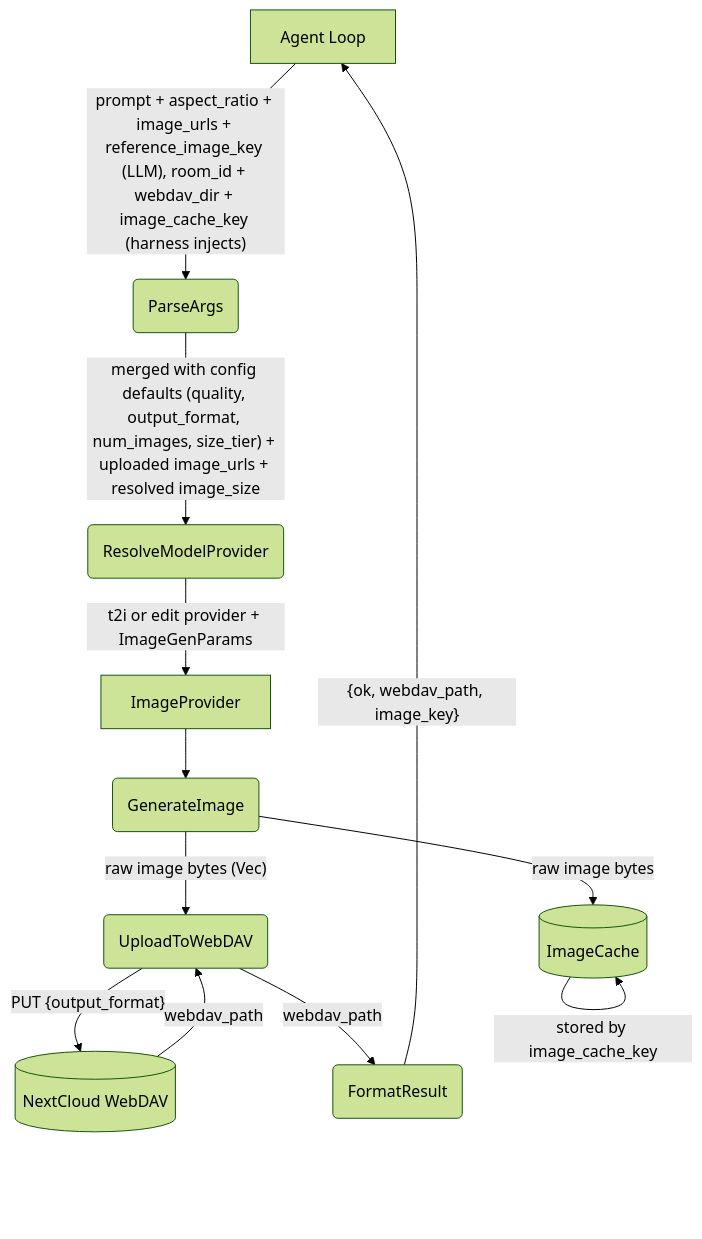
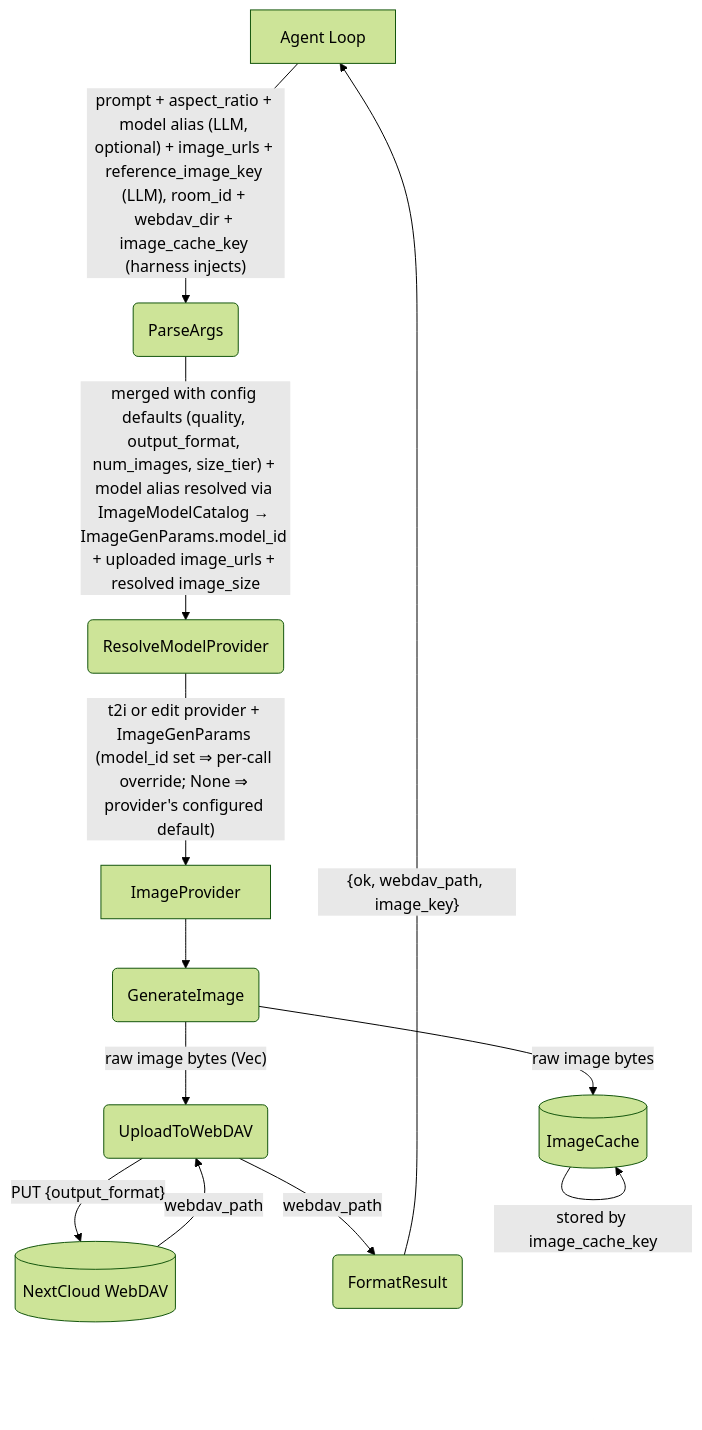
The first of 5 diagrams in _dfd/tools/image-gen.md (cosmoswafer/rockbot), drawn with Mermaid (forest theme) before and after one commit. The commit also changed other lines of this file and 6 other files, not shown here.

Commit message:
feat(image_gen): per-call model selection from the image models catalog (closes #92)

````diff
--- a/_dfd/tools/image-gen.md
+++ b/_dfd/tools/image-gen.md
@@ -25,24 +31,24 @@
 ```mermaid
 flowchart TD
     AGENT[Agent Loop]
     PARSE(ParseArgs)
     RESOLVE(ResolveModelProvider)
     PROVIDER[ImageProvider]
     GEN(GenerateImage)
     DAV_UPLOAD(UploadToWebDAV)
     DAV[(NextCloud WebDAV)]
     CACHE[(ImageCache)]
     FORMAT(FormatResult)
 
-    AGENT -->|"prompt + aspect_ratio + image_urls + reference_image_key (LLM), room_id + webdav_dir + image_cache_key (harness injects)"| PARSE
-    PARSE -->|"merged with config defaults (quality, output_format, num_images, size_tier) + uploaded image_urls + resolved image_size"| RESOLVE
-    RESOLVE -->|"t2i or edit provider + ImageGenParams"| PROVIDER
+    AGENT -->|"prompt + aspect_ratio + model alias (LLM, optional) + image_urls + reference_image_key (LLM), room_id + webdav_dir + image_cache_key (harness injects)"| PARSE
+    PARSE -->|"merged with config defaults (quality, output_format, num_images, size_tier) + model alias resolved via ImageModelCatalog → ImageGenParams.model_id + uploaded image_urls + resolved image_size"| RESOLVE
+    RESOLVE -->|"t2i or edit provider + ImageGenParams (model_id set ⇒ per-call override; None ⇒ provider's configured default)"| PROVIDER
     PROVIDER --> GEN
     GEN -->|"raw image bytes (Vec<u8>)"| DAV_UPLOAD
     DAV_UPLOAD -->|"PUT {output_format}"| DAV
     DAV -->|"webdav_path"| DAV_UPLOAD
     GEN -->|"raw image bytes"| CACHE
     CACHE -->|"stored by image_cache_key"| CACHE
     DAV_UPLOAD -->|"webdav_path"| FORMAT
     FORMAT -->|"{ok, webdav_path, image_key}"| AGENT
 ```
````
